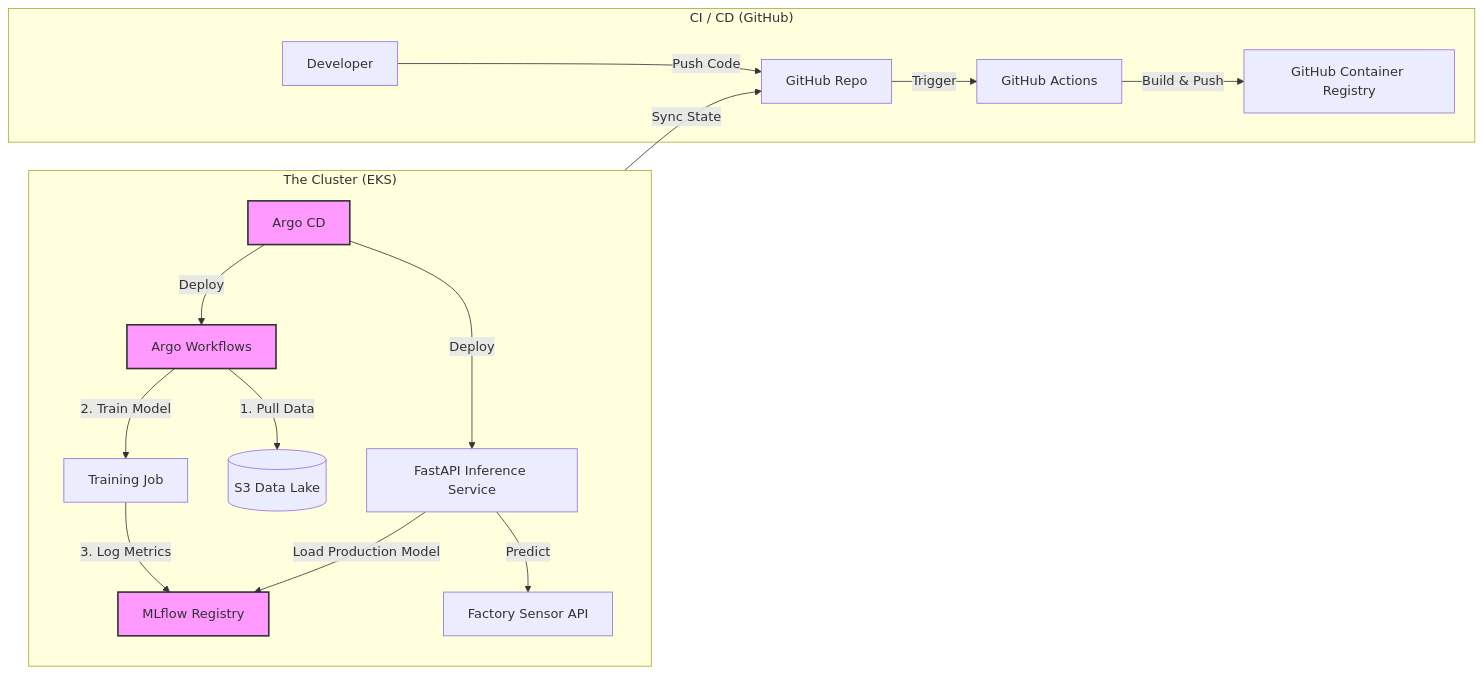
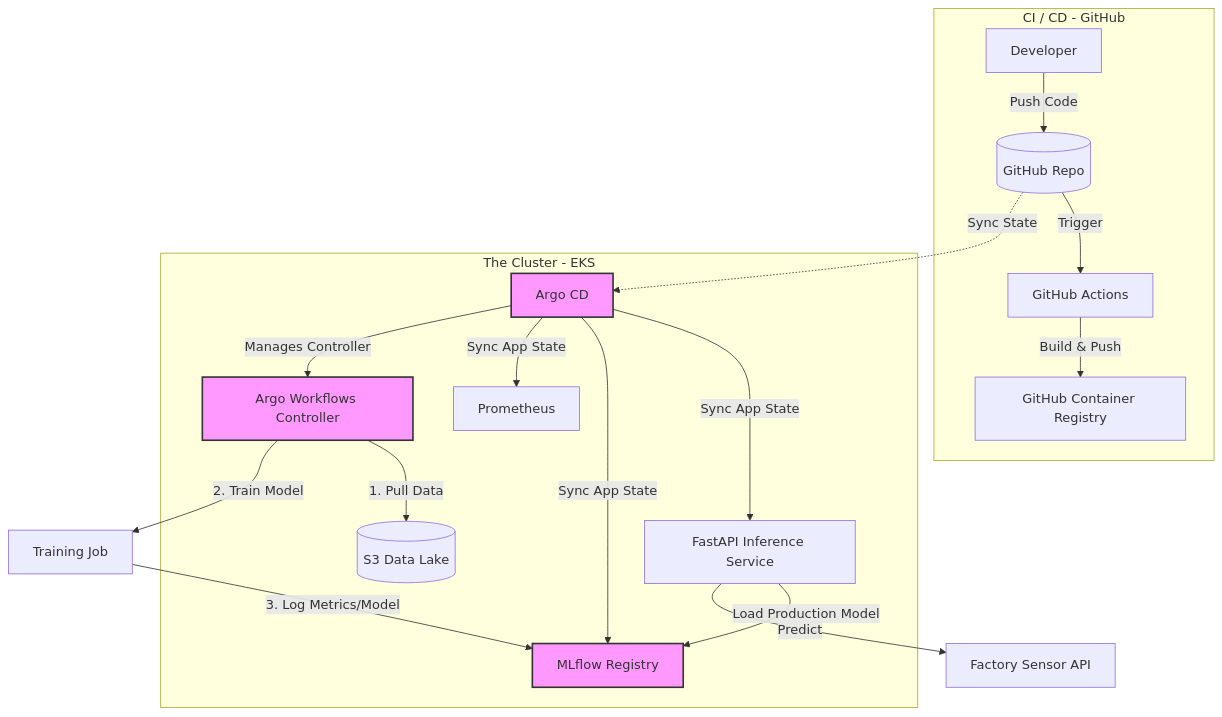
The diagram in README.md (surabhisahay03/cloudguard-sentinel), drawn with Mermaid before and after one commit.

Commit message:
Refactor CI/CD and EKS Cluster diagrams in README
Changing the Architecture diagram

````diff
--- a/README.md
+++ b/README.md
@@ -11,25 +11,38 @@
 ```mermaid
-graph LR
-    subgraph "CI / CD (GitHub)"
-        Dev[Developer] -->|Push Code| Repo[GitHub Repo]
-        Repo -->|Trigger| Action[GitHub Actions]
-        Action -->|Build & Push| Docker[GitHub Container Registry]
+graph TD
+    subgraph CI_CD [CI / CD - GitHub]
+        Dev[Developer] -->|Push Code| Repo[(GitHub Repo)]
+        Repo -->|Trigger| GHA[GitHub Actions]
+        GHA -->|Build & Push| GCR[GitHub Container Registry]
     end
 
-    subgraph "The Cluster (EKS)"
-        direction TB
-        ArgoCD[Argo CD] -->|Sync State| Repo
-        ArgoCD -->|Deploy| App[FastAPI Inference Service]
-        ArgoCD -->|Deploy| Workflow[Argo Workflows]
-        
-        Workflow -->|1. Pull Data| S3[(S3 Data Lake)]
-        Workflow -->|2. Train Model| Trainer[Training Job]
-        Trainer -->|3. Log Metrics| MLflow[MLflow Registry]
-        
-        App -->|Load Production Model| MLflow
-        App -->|Predict| EndUser[Factory Sensor API]
+    subgraph EKS_Cluster [The Cluster - EKS]
+        ACD[Argo CD]
+        AWC[Argo Workflows Controller]
+        MLF[MLflow Registry]
+        FAPI[FastAPI Inference Service]
+        S3[(S3 Data Lake)]
+        PROM[Prometheus]
     end
 
-    classDef tools fill:#f9f,stroke:#333,stroke-width:2px;
-    class ArgoCD,MLflow,Workflow tools;
+    %% Argo CD Syncs
+    Repo -.->|Sync State| ACD
+    ACD -->|Sync App State| FAPI
+    ACD -->|Sync App State| MLF
+    ACD -->|Sync App State| PROM
+    ACD -->|Manages Controller| AWC
+
+    %% ML Lifecycle
+    AWC -->|1. Pull Data| S3
+    AWC -->|2. Train Model| Train[Training Job]
+    Train -->|3. Log Metrics/Model| MLF
+    
+    %% Serving Lifecycle
+    FAPI -->|Load Production Model| MLF
+    FAPI -->|Predict| Sensor[Factory Sensor API]
+
+    %% Styles
+    style ACD fill:#f9f,stroke:#333,stroke-width:2px
+    style AWC fill:#f9f,stroke:#333,stroke-width:2px
+    style MLF fill:#f9f,stroke:#333,stroke-width:2px
 ```
````
